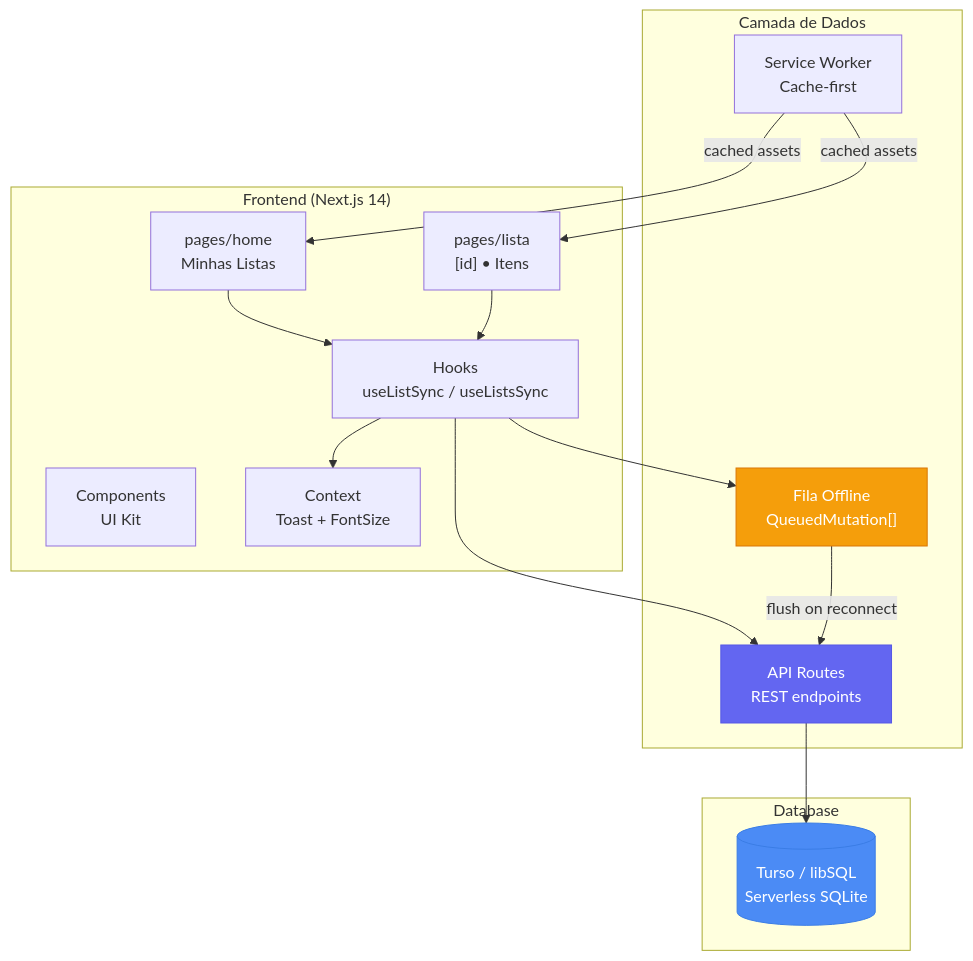
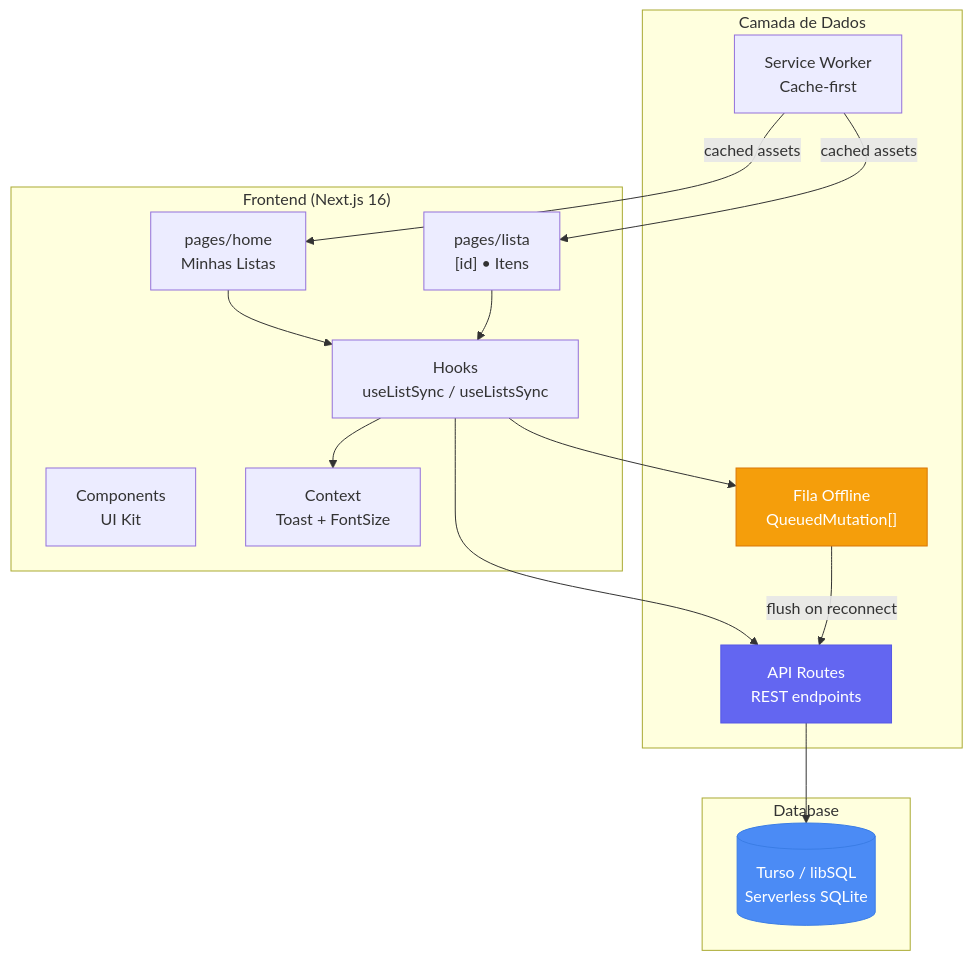
One commit to LuisMarchio03/grocery-list changed the first of 2 diagrams in README.md. Above: the diagram before and after it, drawn with Mermaid. The commit also changed other lines of this file and 37 other files, not shown here.

````diff
--- a/README.md
+++ b/README.md
@@ -93,33 +93,33 @@
 ```mermaid
 graph TB
-  subgraph "Frontend (Next.js 14)"
+  subgraph "Frontend (Next.js 16)"
     A["pages/home<br/>Minhas Listas"]
     B["pages/lista<br/>[id] • Itens"]
     C["Components<br/>UI Kit"]
     D["Hooks<br/>useListSync / useListsSync"]
     E["Context<br/>Toast + FontSize"]
   end
 
   subgraph "Camada de Dados"
     F["API Routes<br/>REST endpoints"]
     G["Service Worker<br/>Cache-first"]
     H["Fila Offline<br/>QueuedMutation[]"]
   end
 
   subgraph "Database"
     I[("Turso / libSQL<br/>Serverless SQLite")]
   end
 
   A & B --> D
   D --> E
   D --> F
   F --> I
   D --> H
   H -->|"flush on reconnect"| F
   G -->|"cached assets"| A
   G -->|"cached assets"| B
 
   style I fill:#4B8BF5,stroke:#3b7de5,color:#fff
   style F fill:#6366f1,stroke:#5558e6,color:#fff
   style H fill:#f59e0b,stroke:#d97706,color:#fff
 ```
````
